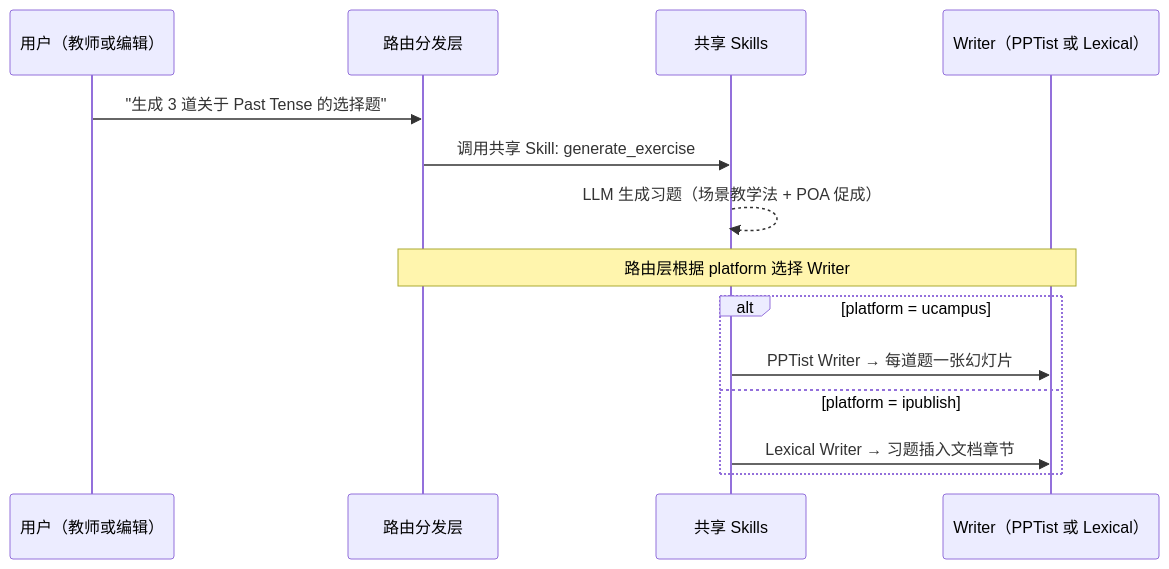
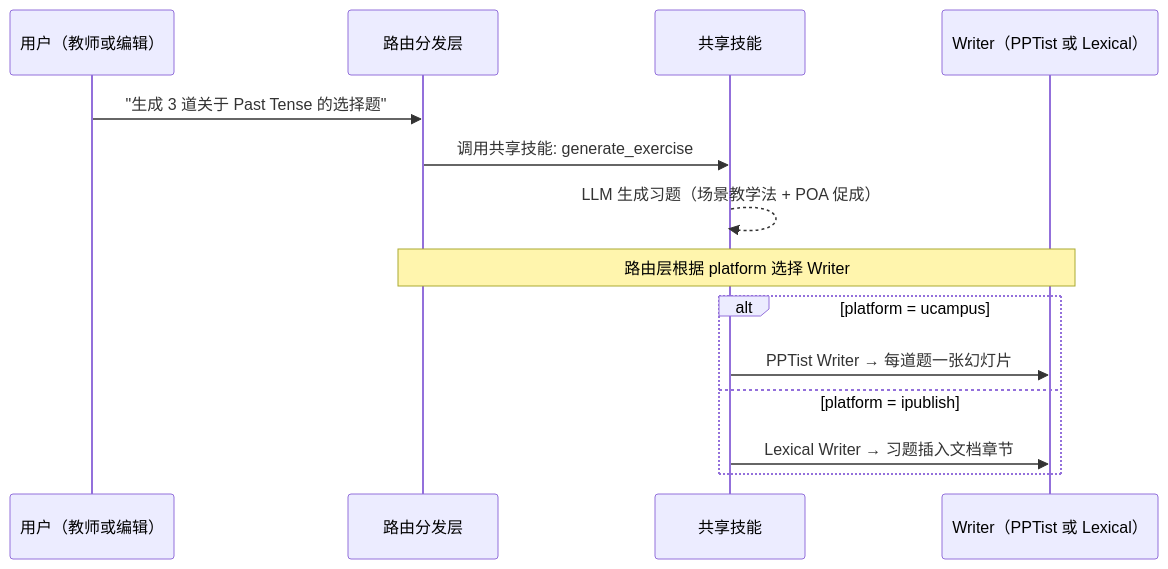
The fifth of 5 diagrams in AIPPT_requirement.md (LarryLiny/pptAIagent), drawn with Mermaid before and after one commit. The commit also changed other lines of this file and 1 other file, not shown here.

Commit message:
修正跨项目架构设计：内容审核从独立层改为技能层内的审核类技能，架构从五层简化为四层（对话管理+意图理解→内容生成与处理技能层→写入适配层→前端宿主）；更新Mermaid架构图和三个调用流程案例；教材编写场景审核作为技能编排链自动串联，备课场景审核为可选项。影响文件：AIPPT_requirement.md, AIPPT_Requirement_log.md

````diff
--- a/AIPPT_requirement.md
+++ b/AIPPT_requirement.md
@@ -823,17 +852,17 @@
 ```mermaid
 sequenceDiagram
     participant U as 用户（教师或编辑）
     participant R as 路由分发层
-    participant S as 共享 Skills
+    participant S as 共享技能
     participant W as Writer（PPTist 或 Lexical）
 
     U->>R: "生成 3 道关于 Past Tense 的选择题"
-    R->>S: 调用共享 Skill: generate_exercise
+    R->>S: 调用共享技能: generate_exercise
     S-->>S: LLM 生成习题（场景教学法 + POA 促成）
     Note over R,W: 路由层根据 platform 选择 Writer
     alt platform = ucampus
         S->>W: PPTist Writer → 每道题一张幻灯片
     else platform = ipublish
         S->>W: Lexical Writer → 习题插入文档章节
     end
 ```
````
